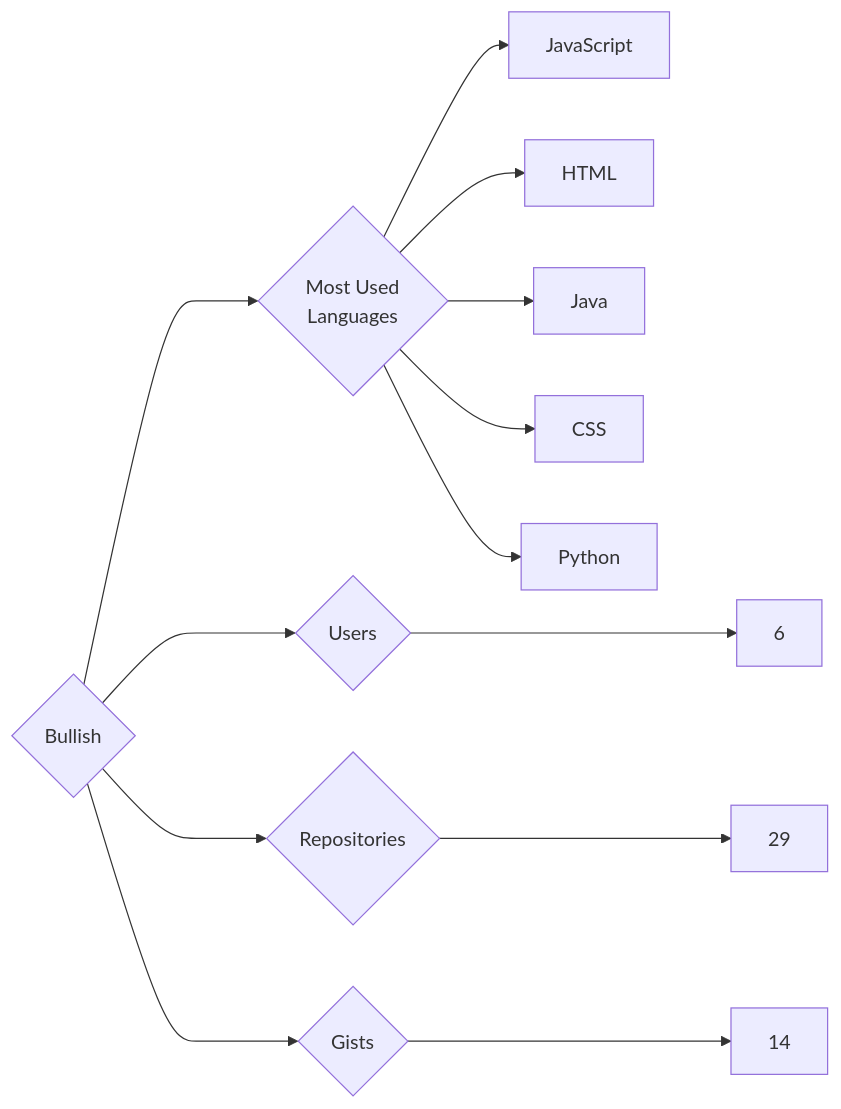
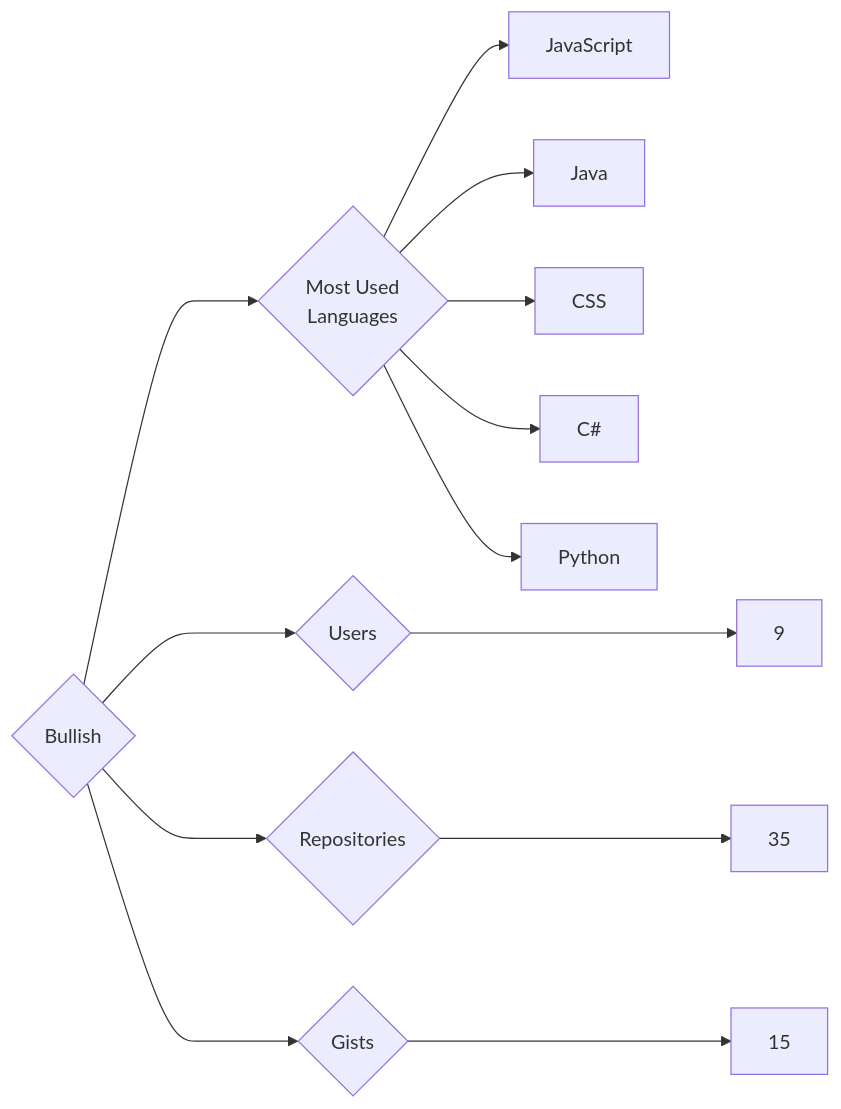
One commit to trickest/insiders changed the diagram in targets/Bullish/README.md. Above: the diagram before and after it, drawn with Mermaid. The commit also changed 699 other files, not shown here.

````diff
--- a/targets/Bullish/README.md
+++ b/targets/Bullish/README.md
@@ -3,13 +3,13 @@
 ```mermaid
 graph LR
 COMPANY_NAME{Bullish}
-COMPANY_NAME ---> U{Users} ---> UN[6]
-COMPANY_NAME ---> R{Repositories} ---> RN[29]
-COMPANY_NAME ---> G{Gists} ---> GN[14]
+COMPANY_NAME ---> U{Users} ---> UN[9]
+COMPANY_NAME ---> R{Repositories} ---> RN[35]
+COMPANY_NAME ---> G{Gists} ---> GN[15]
 COMPANY_NAME ---> ML{Most Used<br>Languages}
 ML --> JavaScript[JavaScript]
-ML --> HTML[HTML]
 ML --> Java[Java]
 ML --> CSS[CSS]
+ML --> C#[C#]
 ML --> Python[Python]
 ```
````
